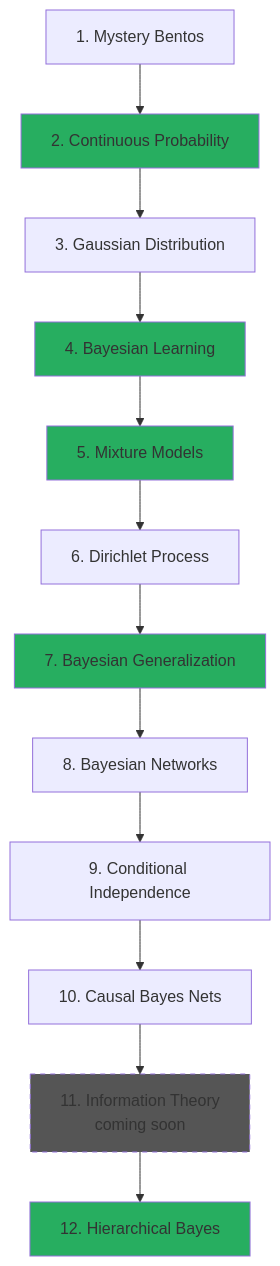
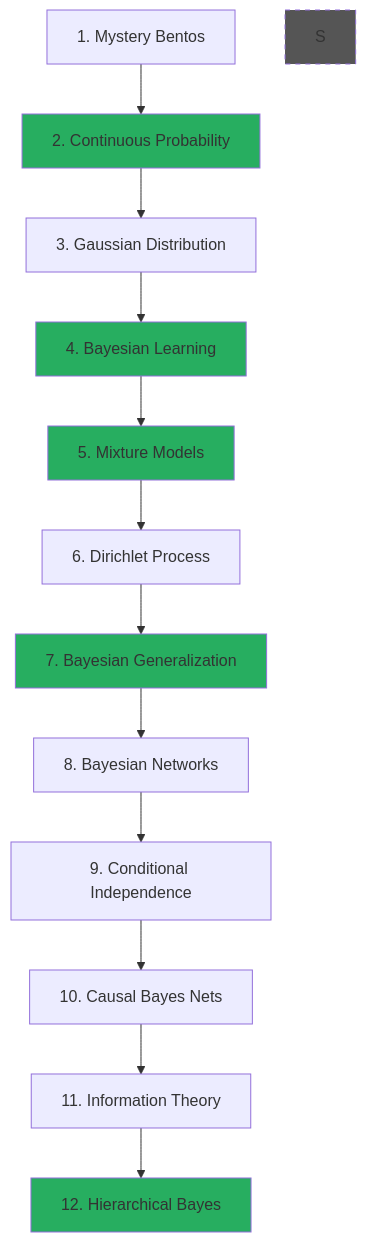
The diagram in content/intro2/_index.md (josephausterweil/probintro), drawn with Mermaid before and after one commit. The commit also changed other lines of this file and 2 other files, not shown here.

First line of the commit message:
T3 Ch11: Information Theory — Surprise, Uncertainty, and the Collider

````diff
--- a/content/intro2/_index.md
+++ b/content/intro2/_index.md
@@ -34,23 +34,23 @@
 ```mermaid
 graph TB
     A[1. Mystery Bentos] --> B[2. Continuous Probability]
     B --> C[3. Gaussian Distribution]
     C --> D[4. Bayesian Learning]
     D --> E[5. Mixture Models]
     E --> F[6. Dirichlet Process]
     F --> G[7. Bayesian Generalization]
     G --> H[8. Bayesian Networks]
     H --> I[9. Conditional Independence]
     I --> J[10. Causal Bayes Nets]
-    J --> S[11. Information Theory<br/>coming soon]
-    S --> L[12. Hierarchical Bayes]
+    J --> K[11. Information Theory]
+    K --> L[12. Hierarchical Bayes]
 
     style B fill:#27ae60
     style D fill:#27ae60
     style E fill:#27ae60
     style G fill:#27ae60
     style L fill:#27ae60
     style S fill:#555,stroke-dasharray: 5 5
 
     classDef foundational fill:#27ae60,stroke:#333,stroke-width:2px,color:#fff
 ```
````
